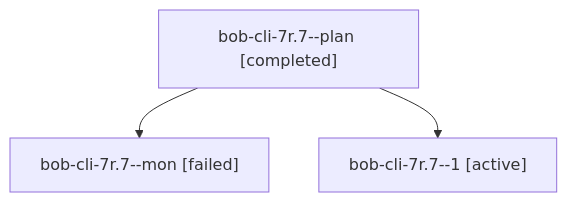
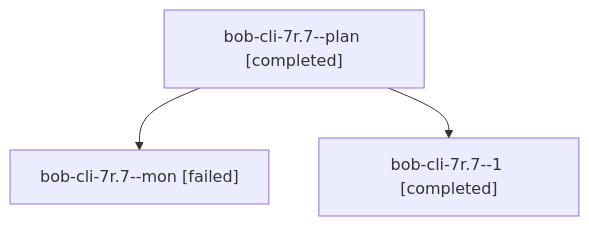
One commit to bobs-org/bob-cli--agents changed the diagram in sessions/bbugyi200.athena.bob-cli-7r.7.md. Above: the diagram before and after it, drawn with Mermaid. The commit also changed other lines of this file and 61 other files, not shown here.

````diff
--- a/sessions/bbugyi200.athena.bob-cli-7r.7.md
+++ b/sessions/bbugyi200.athena.bob-cli-7r.7.md
@@ -9,8 +9,8 @@
 ```mermaid
 flowchart TD
   n0["bob-cli-7r.7--plan [completed]"]
   n1["bob-cli-7r.7--mon [failed]"]
   n0 --> n1
-  n2["bob-cli-7r.7--1 [active]"]
+  n2["bob-cli-7r.7--1 [completed]"]
   n0 --> n2
 ```
````
